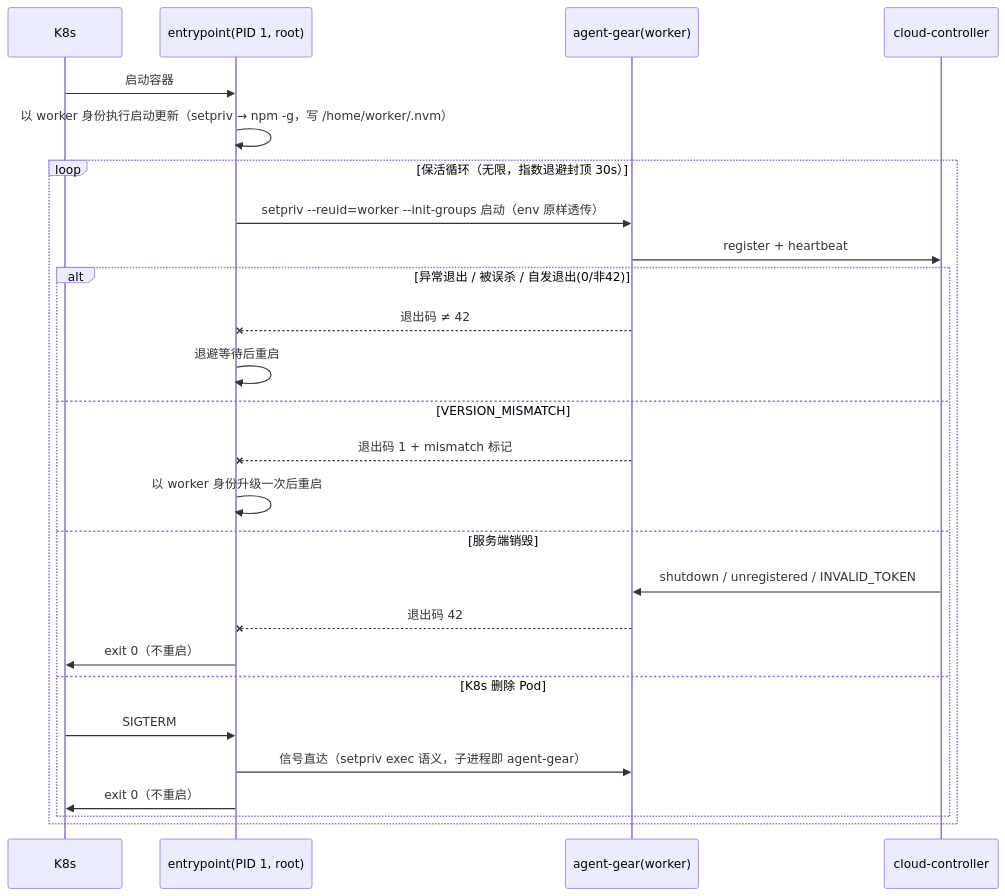
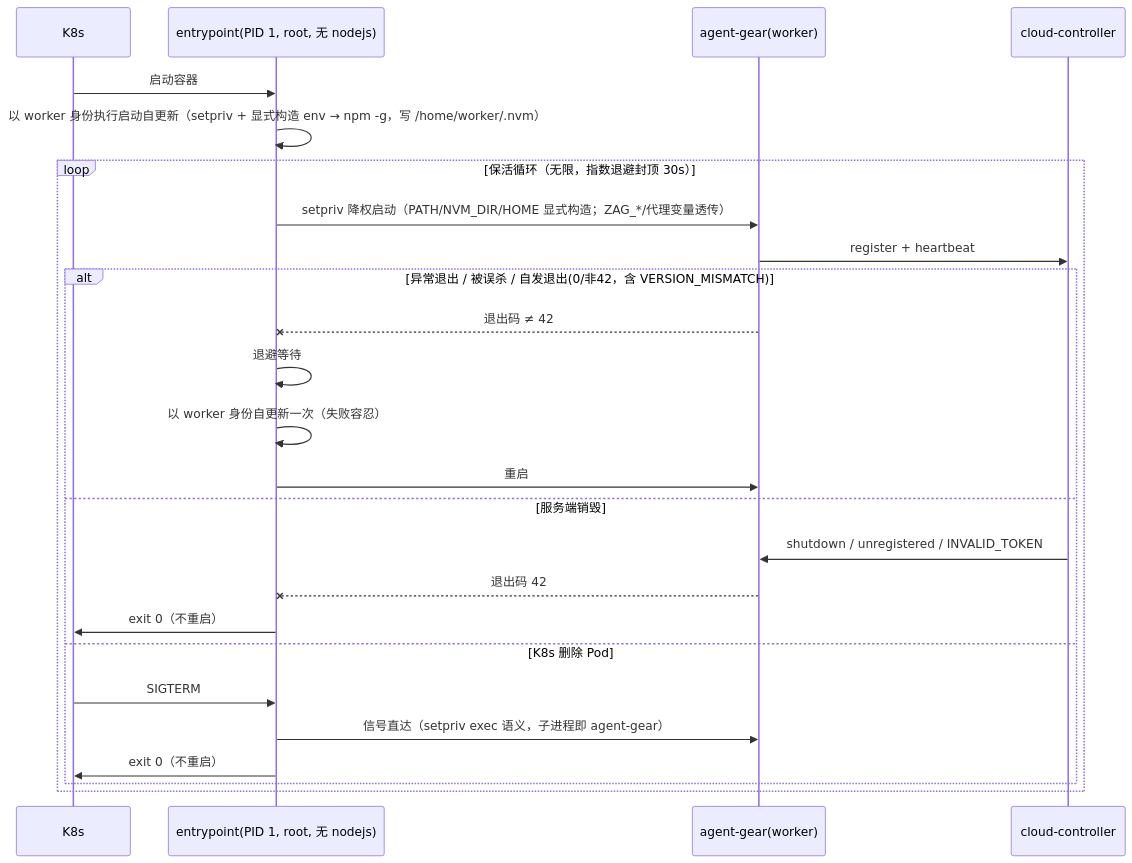
One commit to Deliay/z-agent-gear changed the third of 3 diagrams in docs/engineering/proposals/20261025-feat-cloud-host-keepalive.md. Above: the diagram before and after it, drawn with Mermaid. The commit also changed other lines of this file and 1 other file, not shown here.

Commit message:
docs: 技术提案 v1.2 —— 保活每轮自更新、代理环境变量下放、root 环境无 nodejs 与 worker 环境显式构造

````diff
--- a/docs/engineering/proposals/20261025-feat-cloud-host-keepalive.md
+++ b/docs/engineering/proposals/20261025-feat-cloud-host-keepalive.md
@@ -125,29 +126,28 @@
 ```mermaid
 sequenceDiagram
     participant K as K8s
-    participant EP as entrypoint(PID 1, root)
+    participant EP as entrypoint(PID 1, root, 无 nodejs)
     participant AG as agent-gear(worker)
     participant CC as cloud-controller
 
     K->>EP: 启动容器
-    EP->>EP: 以 worker 身份执行启动更新（setpriv → npm -g，写 /home/worker/.nvm）
+    EP->>EP: 以 worker 身份执行启动自更新（setpriv + 显式构造 env → npm -g，写 /home/worker/.nvm）
     loop 保活循环（无限，指数退避封顶 30s）
-        EP->>AG: setpriv --reuid=worker --init-groups 启动（env 原样透传）
+        EP->>AG: setpriv 降权启动（PATH/NVM_DIR/HOME 显式构造；ZAG_*/代理变量透传）
         AG->>CC: register + heartbeat
-        alt 异常退出 / 被误杀 / 自发退出(0/非42)
+        alt 异常退出 / 被误杀 / 自发退出(0/非42，含 VERSION_MISMATCH)
             AG--xEP: 退出码 ≠ 42
-            EP->>EP: 退避等待后重启
-        else VERSION_MISMATCH
-            AG--xEP: 退出码 1 + mismatch 标记
-            EP->>EP: 以 worker 身份升级一次后重启
+            EP->>EP: 退避等待
+            EP->>EP: 以 worker 身份自更新一次（失败容忍）
+            EP->>AG: 重启
         else 服务端销毁
             CC->>AG: shutdown / unregistered / INVALID_TOKEN
             AG--xEP: 退出码 42
             EP->>K: exit 0（不重启）
         else K8s 删除 Pod
             K->>EP: SIGTERM
             EP->>AG: 信号直达（setpriv exec 语义，子进程即 agent-gear）
             EP->>K: exit 0（不重启）
         end
     end
 ```
````
